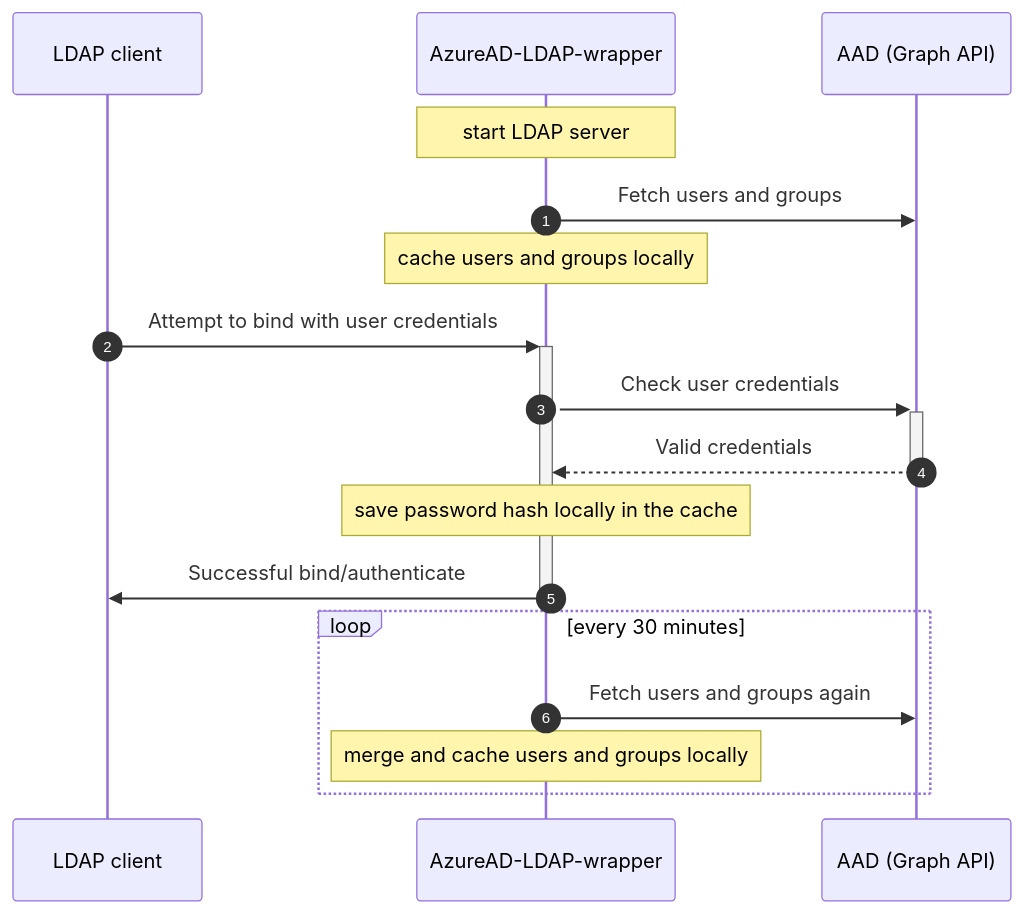
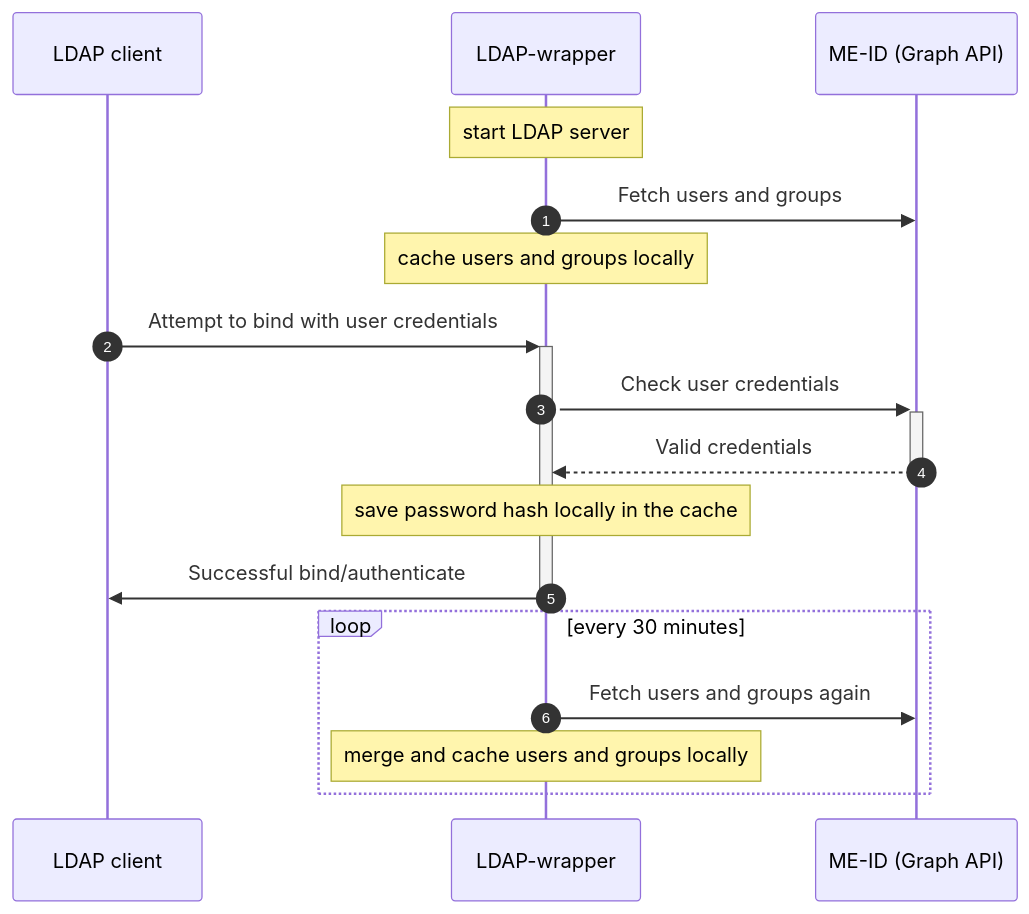
The diagram in README.md (ahaenggli/AzureAD-LDAP-wrapper), drawn with Mermaid before and after one commit. The commit also changed other lines of this file and 25 other files, not shown here.

````diff
--- a/README.md
+++ b/README.md
@@ -21,24 +23,24 @@
 ```mermaid
 sequenceDiagram
   autonumber
   participant LDAP client
-  participant AzureAD-LDAP-wrapper
-  participant AAD (Graph API)
+  participant LDAP-wrapper
+  participant ME-ID (Graph API)
 
-  Note over AzureAD-LDAP-wrapper: start LDAP server
-  AzureAD-LDAP-wrapper->>AAD (Graph API): Fetch users and groups
-  Note over AzureAD-LDAP-wrapper: cache users and groups locally
+  Note over LDAP-wrapper: start LDAP server
+  LDAP-wrapper->>ME-ID (Graph API): Fetch users and groups
+  Note over LDAP-wrapper: cache users and groups locally
 
-  LDAP client->>+AzureAD-LDAP-wrapper: Attempt to bind with user credentials
-    AzureAD-LDAP-wrapper->>+AAD (Graph API): Check user credentials
-    AAD (Graph API)-->>-AzureAD-LDAP-wrapper: Valid credentials
+  LDAP client->>+LDAP-wrapper: Attempt to bind with user credentials
+    LDAP-wrapper->>+ME-ID (Graph API): Check user credentials
+    ME-ID (Graph API)-->>-LDAP-wrapper: Valid credentials
 
-  Note over AzureAD-LDAP-wrapper: save password hash locally in the cache
-  AzureAD-LDAP-wrapper->>-LDAP client: Successful bind/authenticate
+  Note over LDAP-wrapper: save password hash locally in the cache
+  LDAP-wrapper->>-LDAP client: Successful bind/authenticate
 
     loop every 30 minutes
-            AzureAD-LDAP-wrapper->>AAD (Graph API): Fetch users and groups again
-        Note over AzureAD-LDAP-wrapper: merge and cache users and groups locally
+            LDAP-wrapper->>ME-ID (Graph API): Fetch users and groups again
+        Note over LDAP-wrapper: merge and cache users and groups locally
     end
 
 ```
````
